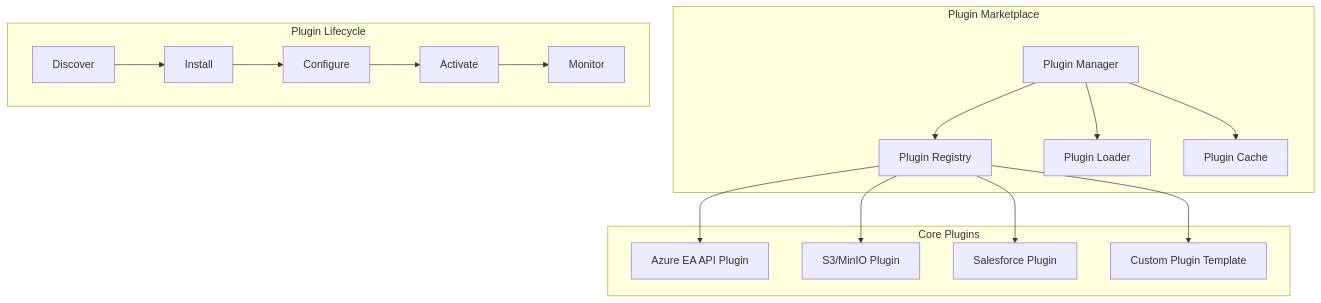
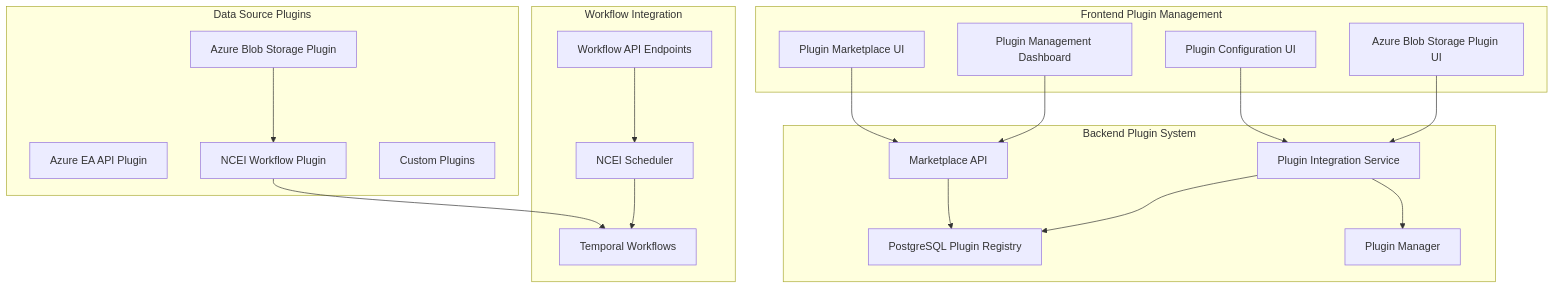
The third of 5 diagrams in .kiro/specs/azure-billing-intelligence/design.md (chris-han/area-code), drawn with Mermaid before and after one commit. The commit also changed other lines of this file and 141 other files, not shown here.

````diff
--- a/.kiro/specs/azure-billing-intelligence/design.md
+++ b/.kiro/specs/azure-billing-intelligence/design.md
@@ -577,38 +577,43 @@
 ```mermaid
 graph TB
-    subgraph "Plugin Marketplace"
-        PM[Plugin Manager]
-        PR[Plugin Registry]
-        PL[Plugin Loader]
-        PC[Plugin Cache]
+    subgraph "Frontend Plugin Management"
+        PLUGIN_UI[Plugin Marketplace UI]
+        PLUGIN_CONFIG[Plugin Configuration UI]
+        AZURE_BLOB_UI[Azure Blob Storage Plugin UI]
+        PLUGIN_MGMT[Plugin Management Dashboard]
     end
     
-    subgraph "Core Plugins"
-        AZURE_P[Azure EA API Plugin]
-        S3_P[S3/MinIO Plugin]
-        SALESFORCE_P[Salesforce Plugin]
-        CUSTOM_P[Custom Plugin Template]
+    subgraph "Backend Plugin System"
+        PLUGIN_INTEGRATION[Plugin Integration Service]
+        PLUGIN_REGISTRY[PostgreSQL Plugin Registry]
+        PLUGIN_MANAGER[Plugin Manager]
+        MARKETPLACE_API[Marketplace API]
     end
     
-    subgraph "Plugin Lifecycle"
-        DISCOVER[Discover]
-        INSTALL[Install]
-        CONFIGURE[Configure]
-        ACTIVATE[Activate]
-        MONITOR[Monitor]
+    subgraph "Data Source Plugins"
+        AZURE_EA[Azure EA API Plugin]
+        AZURE_BLOB[Azure Blob Storage Plugin]
+        NCEI_WORKFLOW[NCEI Workflow Plugin]
+        CUSTOM_PLUGINS[Custom Plugins]
     end
     
-    PM --> PR
-    PM --> PL
-    PM --> PC
+    subgraph "Workflow Integration"
+        TEMPORAL_WORKFLOWS[Temporal Workflows]
+        NCEI_SCHEDULER[NCEI Scheduler]
+        WORKFLOW_API[Workflow API Endpoints]
+    end
     
-    PR --> AZURE_P
-    PR --> S3_P
-    PR --> SALESFORCE_P
-    PR --> CUSTOM_P
+    PLUGIN_UI --> MARKETPLACE_API
+    PLUGIN_CONFIG --> PLUGIN_INTEGRATION
+    AZURE_BLOB_UI --> PLUGIN_INTEGRATION
+    PLUGIN_MGMT --> MARKETPLACE_API
     
-    DISCOVER --> INSTALL
-    INSTALL --> CONFIGURE
-    CONFIGURE --> ACTIVATE
-    ACTIVATE --> MONITOR
+    MARKETPLACE_API --> PLUGIN_REGISTRY
+    PLUGIN_INTEGRATION --> PLUGIN_MANAGER
+    PLUGIN_INTEGRATION --> PLUGIN_REGISTRY
+    
+    AZURE_BLOB --> NCEI_WORKFLOW
+    NCEI_WORKFLOW --> TEMPORAL_WORKFLOWS
+    NCEI_SCHEDULER --> TEMPORAL_WORKFLOWS
+    WORKFLOW_API --> NCEI_SCHEDULER
 ```
````
